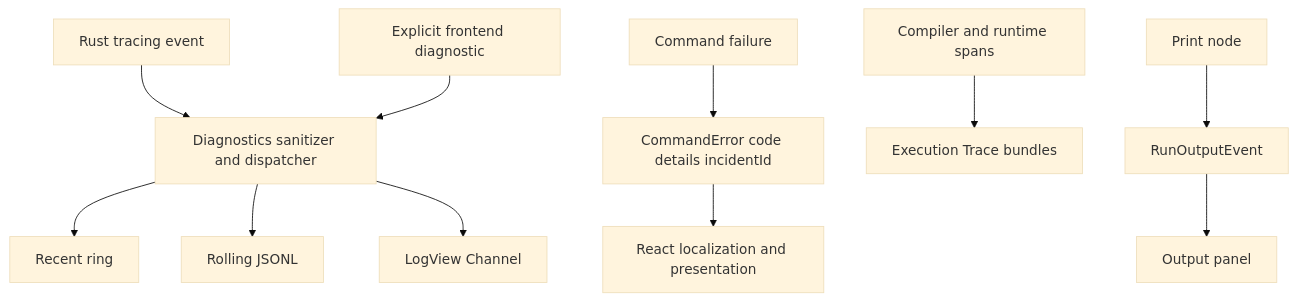
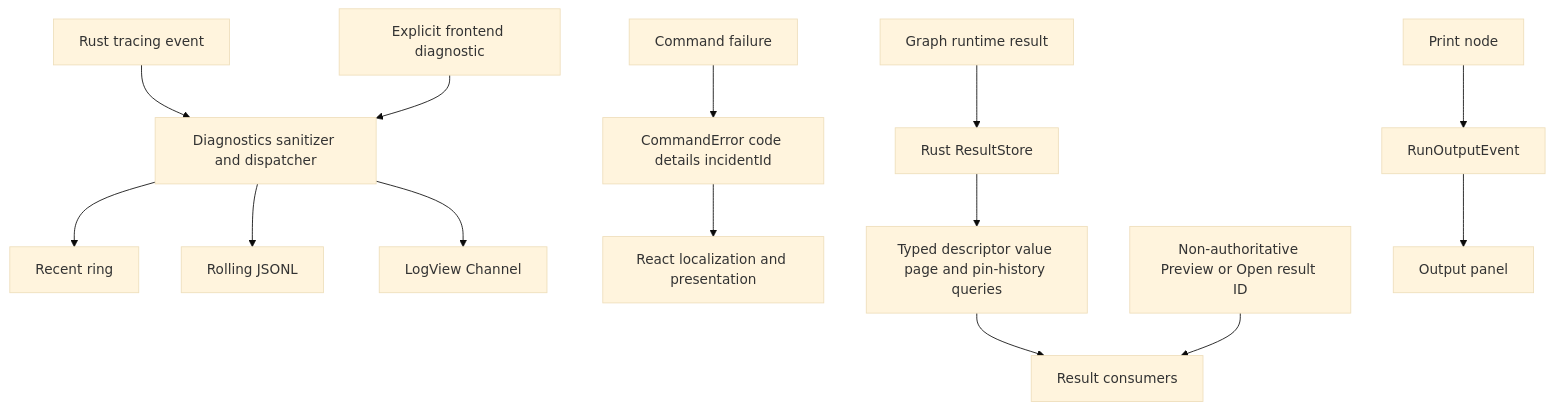
The diagram in docs/architecture/DIAGNOSTICS_ERRORS_AND_OUTPUT.md (zhouyi207/YssBI), drawn with Mermaid (base theme) before and after one commit. The commit also changed other lines of this file and 2 other files, not shown here.

Commit message:
docs: Align execution docs after trace removal

````diff
--- a/docs/architecture/DIAGNOSTICS_ERRORS_AND_OUTPUT.md
+++ b/docs/architecture/DIAGNOSTICS_ERRORS_AND_OUTPUT.md
@@ -23,15 +23,19 @@
 ```mermaid
 flowchart TD
     RustEvent[Rust tracing event] --> Diagnostics[Diagnostics sanitizer and dispatcher]
     FrontendEvent[Explicit frontend diagnostic] --> Diagnostics
     Diagnostics --> Recent[Recent ring]
     Diagnostics --> Jsonl[Rolling JSONL]
     Diagnostics --> LogChannel[LogView Channel]
 
     CommandFailure[Command failure] --> CommandError[CommandError code details incidentId]
     CommandError --> ReactMapping[React localization and presentation]
 
-    RuntimeSpan[Compiler and runtime spans] --> TraceBundle[Execution Trace bundles]
+    RuntimeResult[Graph runtime result] --> ResultStore[Rust ResultStore]
+    ResultStore --> ResultQueries[Typed descriptor value page and pin-history queries]
+    ResultQueries --> ResultUi[Result consumers]
+    ResultNotice[Non-authoritative Preview or Open result ID] --> ResultUi
+
     RuntimePrint[Print node] --> RunOutput[RunOutputEvent]
     RunOutput --> OutputPanel[Output panel]
 ```
````
